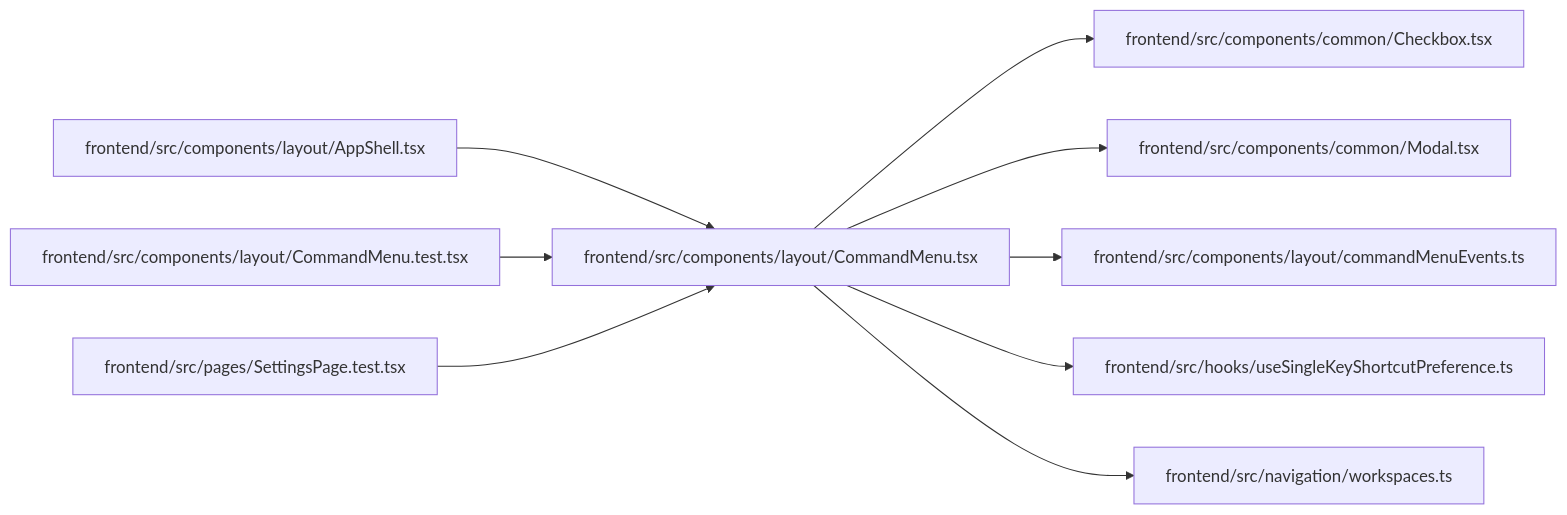
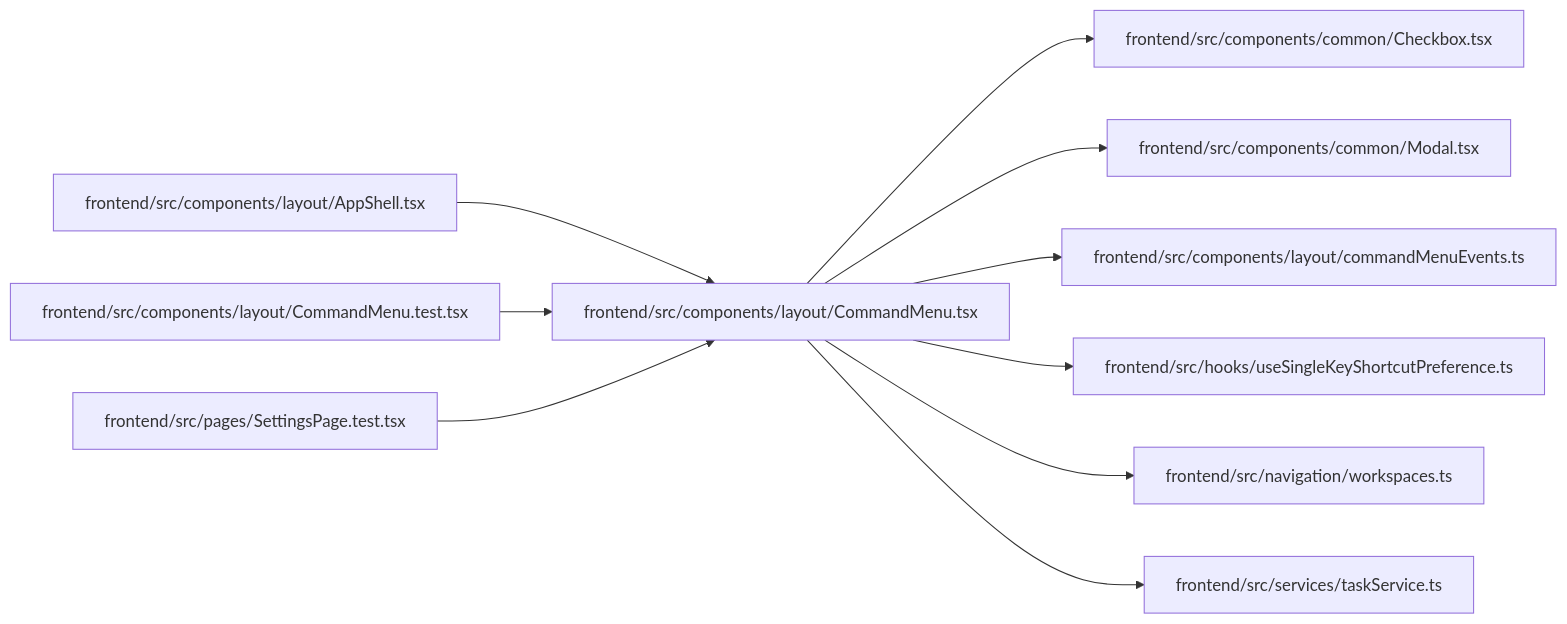
One commit to Denissvgn/WorkChord changed the diagram in docs/llm_wiki/modules/CommandMenu.md. Above: the diagram before and after it, drawn with Mermaid. The commit also changed other lines of this file and 1888 other files, not shown here.

````diff
--- a/docs/llm_wiki/modules/CommandMenu.md
+++ b/docs/llm_wiki/modules/CommandMenu.md
@@ -33,29 +35,32 @@
 ```mermaid
 flowchart LR
     n0["frontend/src/components/common/Checkbox.tsx"]
     n1["frontend/src/components/common/Modal.tsx"]
     n2["frontend/src/components/layout/AppShell.tsx"]
     n3["frontend/src/components/layout/CommandMenu.test.tsx"]
     n4["frontend/src/components/layout/CommandMenu.tsx"]
     n5["frontend/src/components/layout/commandMenuEvents.ts"]
     n6["frontend/src/hooks/useSingleKeyShortcutPreference.ts"]
     n7["frontend/src/navigation/workspaces.ts"]
     n8["frontend/src/pages/SettingsPage.test.tsx"]
+    n9["frontend/src/services/taskService.ts"]
     n2 --> n4
     n3 --> n4
     n4 --> n0
     n4 --> n1
     n4 --> n5
     n4 --> n6
     n4 --> n7
+    n4 --> n9
     n8 --> n4
     click n0 "../modules/Checkbox.md"
     click n1 "../modules/Modal.md"
     click n2 "../modules/AppShell.md"
     click n3 "../modules/CommandMenu.test.md"
     click n4 "../modules/CommandMenu.md"
     click n5 "../modules/commandMenuEvents.md"
     click n6 "../modules/useSingleKeyShortcutPreference.md"
     click n7 "../modules/workspaces.md"
     click n8 "../modules/SettingsPage.test.md"
+    click n9 "../modules/taskService.md"
 ```
````
